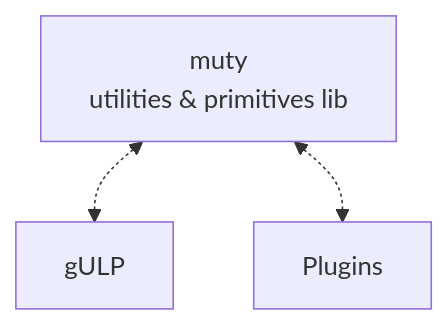
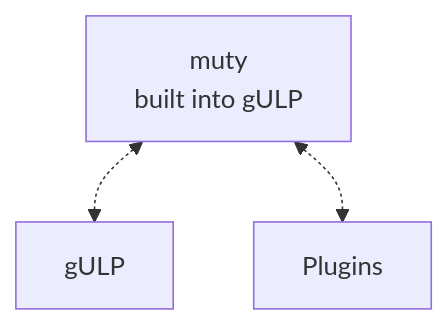
One commit to mentat-is/gulp changed the second of 7 diagrams in docs/architecture.md. Above: the diagram before and after it, drawn with Mermaid. The commit also changed other lines of this file and 34 other files, not shown here.

````diff
--- a/docs/architecture.md
+++ b/docs/architecture.md
@@ -95,9 +95,9 @@
 ```mermaid
 flowchart TB
 
 muty[muty
-  utilities & primitives lib]
+  built into gULP]
 
 muty<-.->gULP
 muty<-.->Plugins
 ```
````
